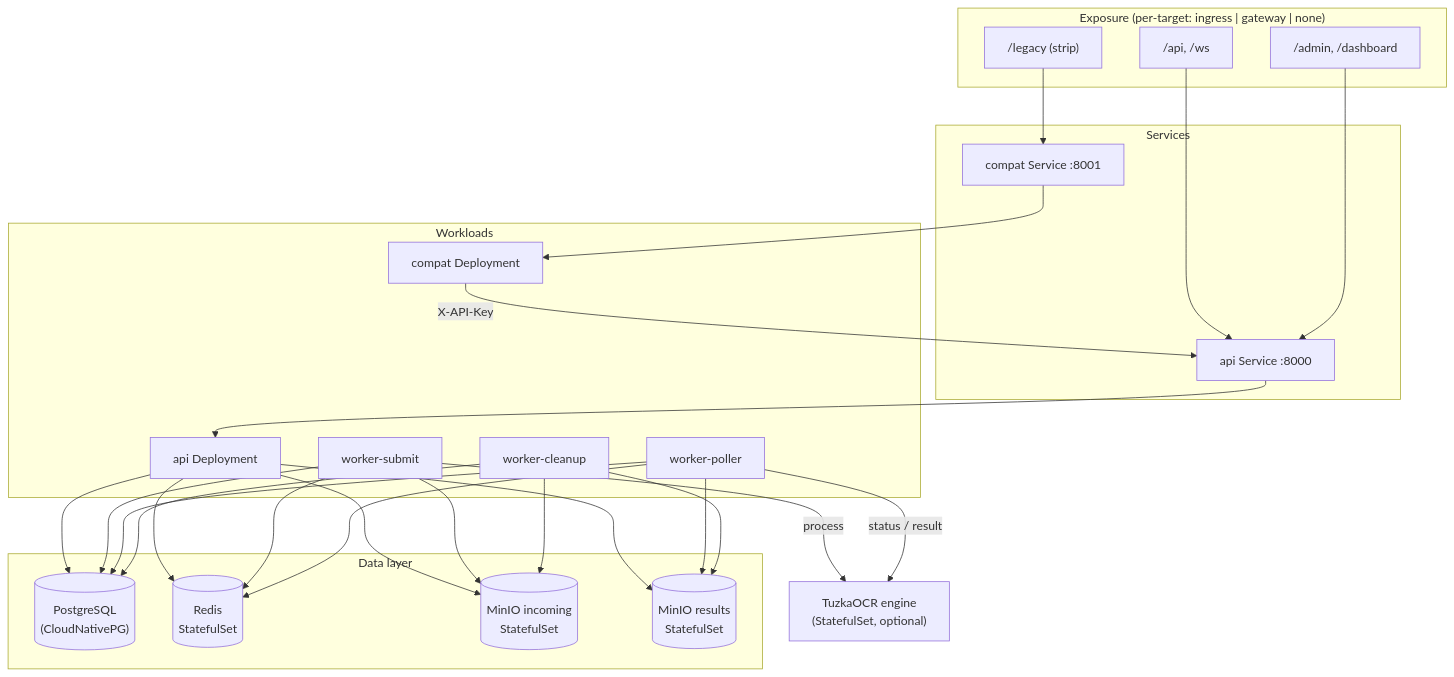
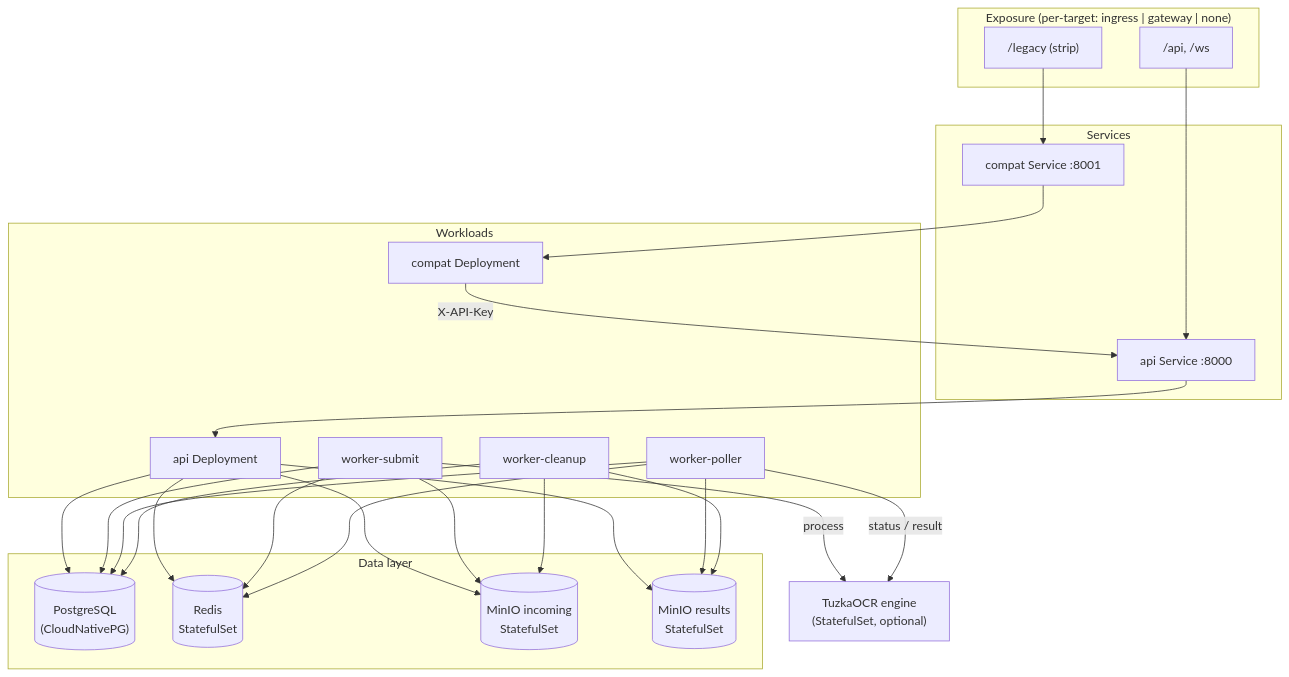
Before and after one commit to moravianlibrary/tuzka-as-a-service: the first of 4 diagrams in deploy/helm/taas/ARCHITECTURE.md, drawn with Mermaid. The commit also changed other lines of this file and 10 other files, not shown here.

````diff
--- a/deploy/helm/taas/ARCHITECTURE.md
+++ b/deploy/helm/taas/ARCHITECTURE.md
@@ -9,44 +9,42 @@
 ```mermaid
 flowchart TB
     subgraph edge["Exposure (per-target: ingress | gateway | none)"]
         api_r["/api, /ws"]
         legacy_r["/legacy (strip)"]
-        admin_r["/admin, /dashboard"]
     end
 
     subgraph svc["Services"]
         apiSvc["api Service :8000"]
         compatSvc["compat Service :8001"]
     end
 
     subgraph app["Workloads"]
         apiDep["api Deployment"]
         wSubmit["worker-submit"]
         wPoller["worker-poller"]
         wCleanup["worker-cleanup"]
         compatDep["compat Deployment"]
     end
 
     subgraph data["Data layer"]
         pg[("PostgreSQL\n(CloudNativePG)")]
         redis[("Redis\nStatefulSet")]
         minIn[("MinIO incoming\nStatefulSet")]
         minOut[("MinIO results\nStatefulSet")]
     end
 
     engine["TuzkaOCR engine\n(StatefulSet, optional)"]
 
     api_r --> apiSvc
-    admin_r --> apiSvc
     legacy_r --> compatSvc
     apiSvc --> apiDep
     compatSvc --> compatDep
     compatDep -->|X-API-Key| apiSvc
 
     apiDep --> pg & redis & minIn & minOut
     wSubmit --> redis & minIn & pg
     wPoller --> redis & minOut & pg
     wCleanup --> minIn & minOut & pg
     wSubmit -->|process| engine
     wPoller -->|status / result| engine
 ```
````
